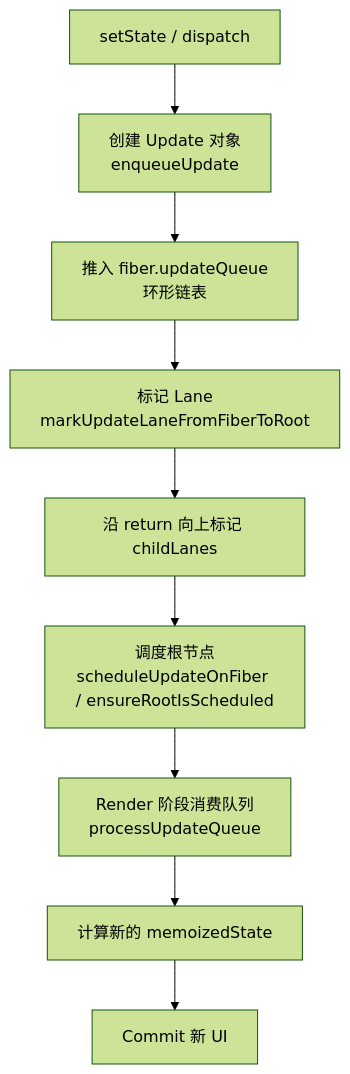
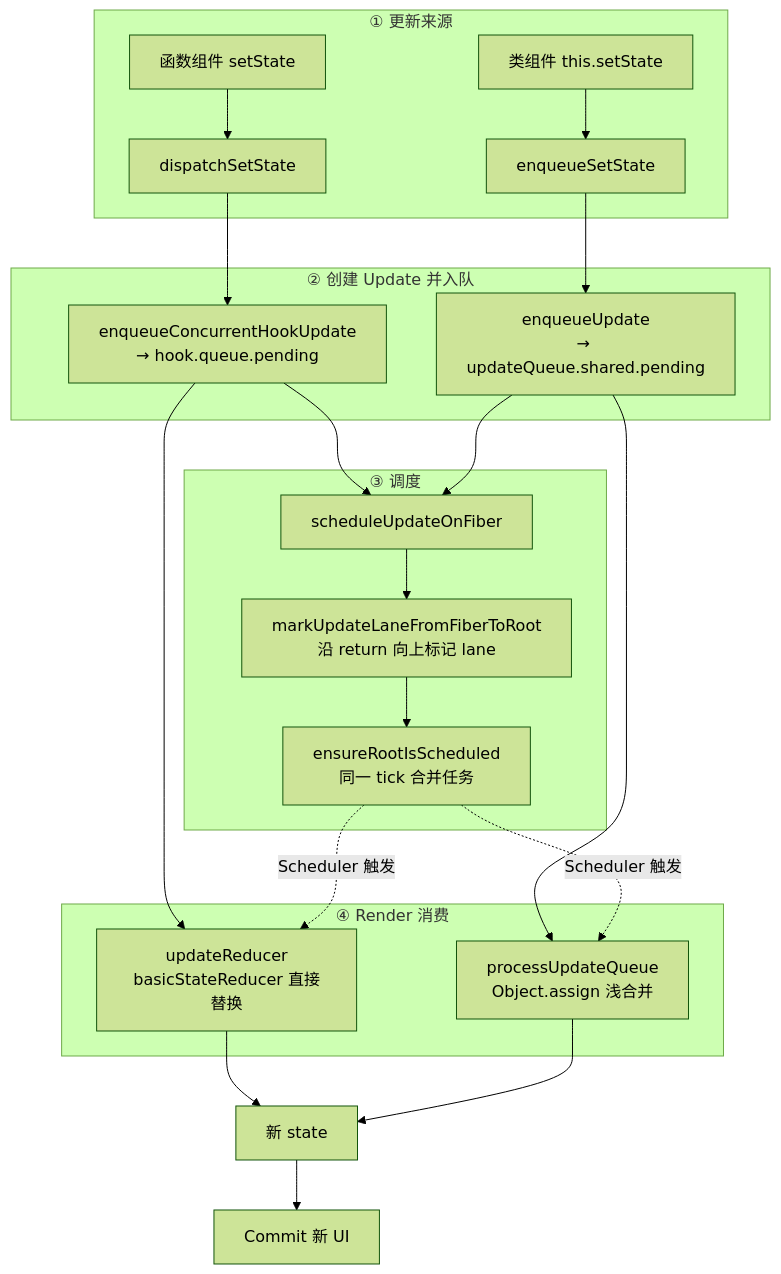
Before and after one commit to sentibeitaokong/CoreFront-EndConcepts: the first of 2 diagrams in apps/docs/frameworks/react/advanced/core-design/updateBatching.md, drawn with Mermaid (forest theme). The commit also changed other lines of this file and 4 other files, not shown here.

````diff
--- a/apps/docs/frameworks/react/advanced/core-design/updateBatching.md
+++ b/apps/docs/frameworks/react/advanced/core-design/updateBatching.md
@@ -7,11 +9,31 @@
 ```mermaid
-flowchart TD
-    Start[setState / dispatch] --> Create[创建 Update 对象<br/>enqueueUpdate]
-    Create --> Queue[推入 fiber.updateQueue<br/>环形链表]
-    Queue --> Mark[标记 Lane<br/>markUpdateLaneFromFiberToRoot]
-    Mark --> Child[沿 return 向上标记 childLanes]
-    Child --> Schedule[调度根节点<br/>scheduleUpdateOnFiber / ensureRootIsScheduled]
-    Schedule --> Render[Render 阶段消费队列<br/>processUpdateQueue]
-    Render --> State[计算新的 memoizedState]
-    State --> Commit[Commit 新 UI]
+flowchart TB
+    subgraph src["① 更新来源"]
+        H1[函数组件 setState] --> DSP[dispatchSetState]
+        C1[类组件 this.setState] --> ES[enqueueSetState]
+    end
+
+    subgraph enq["② 创建 Update 并入队"]
+        DSP --> H2[enqueueConcurrentHookUpdate<br/>→ hook.queue.pending]
+        ES --> C2[enqueueUpdate<br/>→ updateQueue.shared.pending]
+    end
+
+    subgraph sch["③ 调度"]
+        H2 --> S1[scheduleUpdateOnFiber]
+        C2 --> S1
+        S1 --> S2[markUpdateLaneFromFiberToRoot<br/>沿 return 向上标记 lane]
+        S2 --> S3[ensureRootIsScheduled<br/>同一 tick 合并任务]
+    end
+
+    subgraph rdr["④ Render 消费"]
+        H2 --> H4[updateReducer<br/>basicStateReducer 直接替换]
+        C2 --> C4[processUpdateQueue<br/>Object.assign 浅合并]
+    end
+
+    S3 -.->|Scheduler 触发| H4
+    S3 -.->|Scheduler 触发| C4
+
+    H4 --> OUT[新 state]
+    C4 --> OUT
+    OUT --> CM[Commit 新 UI]
 ```
````
